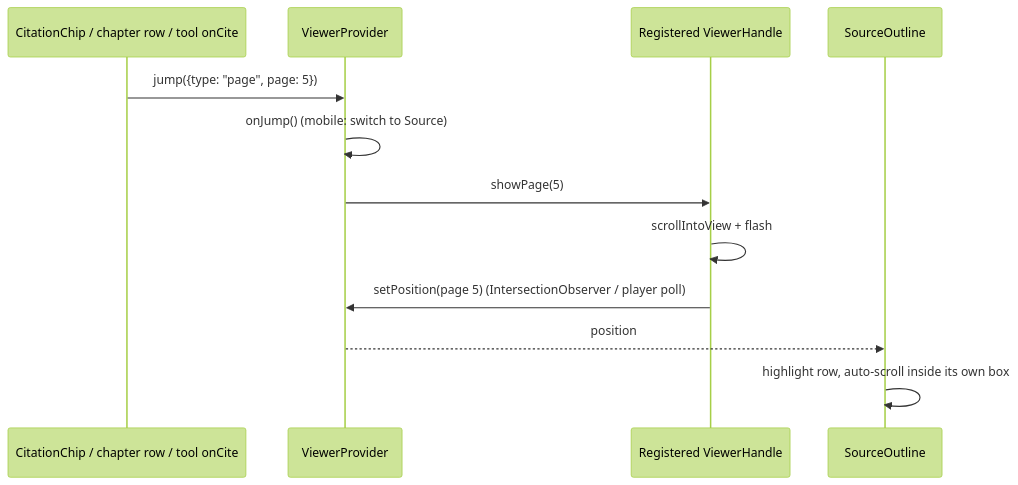
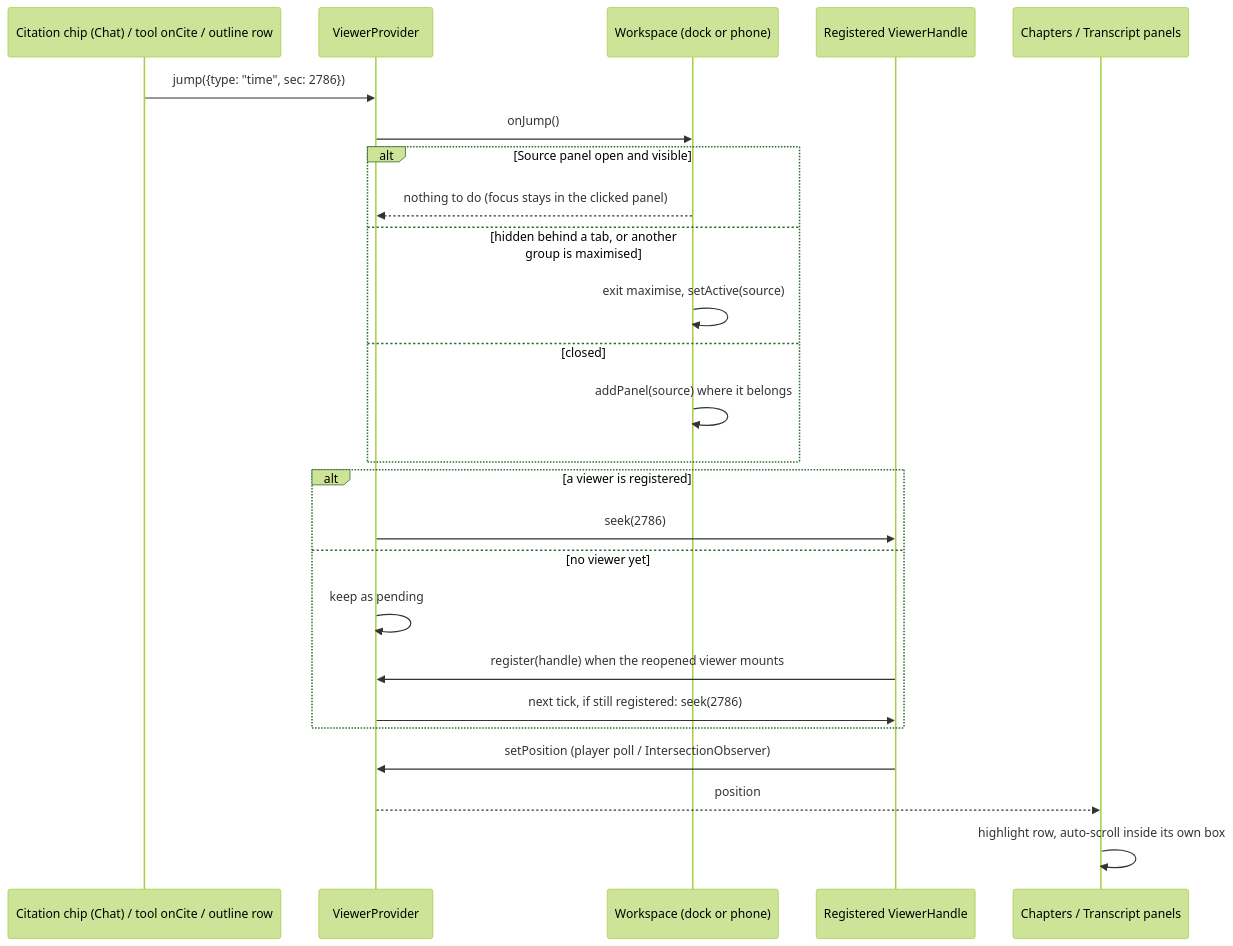
The third of 5 diagrams in docs/technical_design/07-content-page-and-chat.md (huannguyen2114/thoth), drawn with Mermaid (forest theme) before and after one commit. The commit also changed other lines of this file and 30 other files, not shown here.

````diff
--- a/docs/technical_design/07-content-page-and-chat.md
+++ b/docs/technical_design/07-content-page-and-chat.md
@@ -45,14 +115,27 @@
 ```mermaid
 sequenceDiagram
-  participant Chip as CitationChip / chapter row / tool onCite
+  participant Chip as Citation chip (Chat) / tool onCite / outline row
   participant V as ViewerProvider
+  participant WS as Workspace (dock or phone)
   participant H as Registered ViewerHandle
-  participant O as SourceOutline
-  Chip->>V: jump({type: "page", page: 5})
-  V->>V: onJump() (mobile: switch to Source)
-  V->>H: showPage(5)
-  H->>H: scrollIntoView + flash
-  H->>V: setPosition(page 5) (IntersectionObserver / player poll)
+  participant O as Chapters / Transcript panels
+  Chip->>V: jump({type: "time", sec: 2786})
+  V->>WS: onJump()
+  alt Source panel open and visible
+    WS-->>V: nothing to do (focus stays in the clicked panel)
+  else hidden behind a tab, or another group is maximised
+    WS->>WS: exit maximise, setActive(source)
+  else closed
+    WS->>WS: addPanel(source) where it belongs
+  end
+  alt a viewer is registered
+    V->>H: seek(2786)
+  else no viewer yet
+    V->>V: keep as pending
+    H->>V: register(handle) when the reopened viewer mounts
+    V->>H: next tick, if still registered: seek(2786)
+  end
+  H->>V: setPosition (player poll / IntersectionObserver)
   V-->>O: position
   O->>O: highlight row, auto-scroll inside its own box
 ```
````
